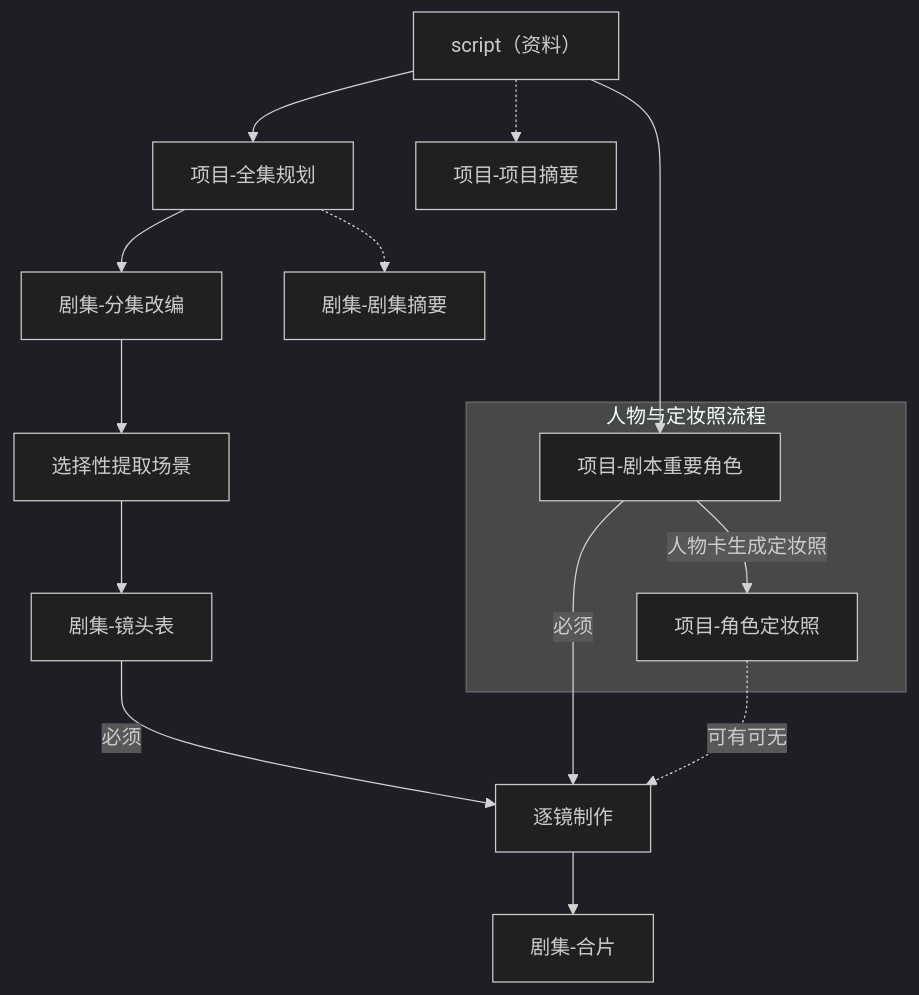
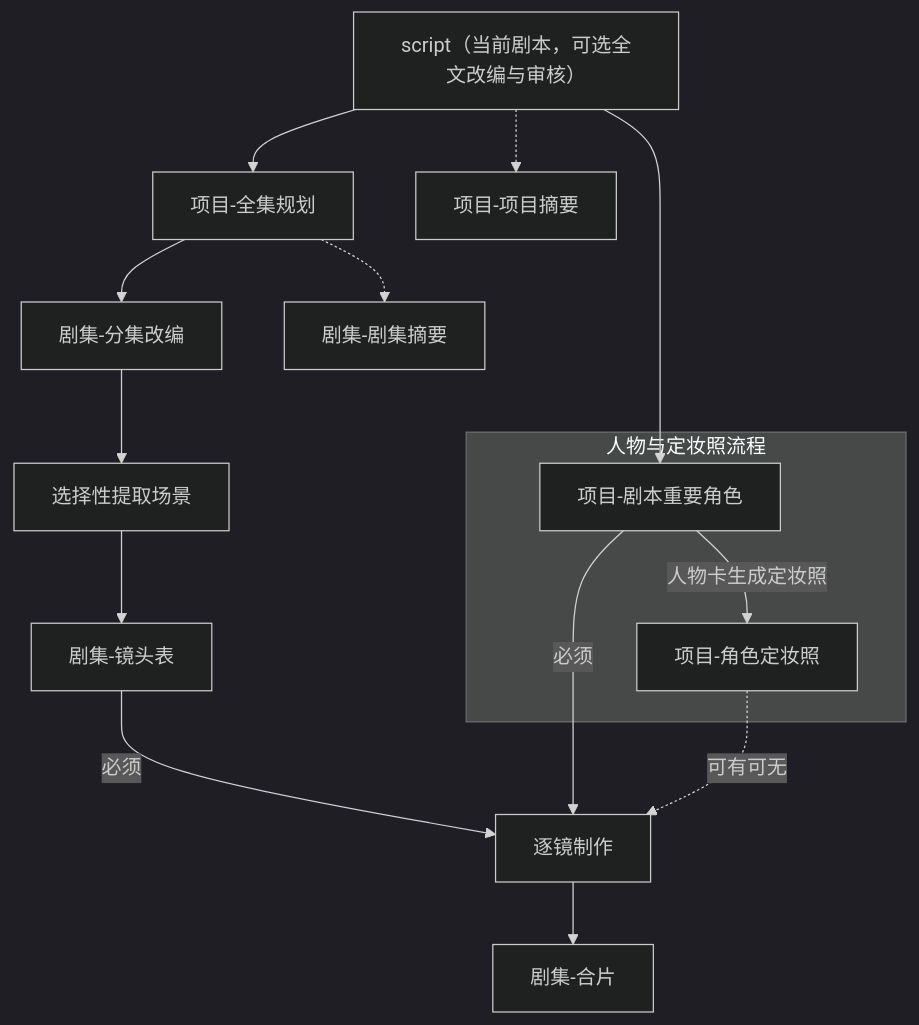
Before and after one commit to senbenyi/meiji-harness: the first of 3 diagrams in meiji/dev_docs/制作工作流.md, drawn with Mermaid (dark theme). The commit also changed other lines of this file and 97 other files, not shown here.

````diff
--- a/meiji/dev_docs/制作工作流.md
+++ b/meiji/dev_docs/制作工作流.md
@@ -42,27 +42,27 @@
 ```mermaid
 flowchart TD
-  script["script（资料）"]
+  script["script（当前剧本，可选全文改编与审核）"]
   split["项目-全集规划"]
   outline["剧集-分集改编"]
   board["剧集-镜头表"]
   shot["逐镜制作"]
   asm["剧集-合片"]
   psum["项目-项目摘要"]
   esum["剧集-剧集摘要"]
 
   subgraph cast["人物与定妆照流程"]
     people["项目-剧本重要角色"]
     look["项目-角色定妆照"]
     people -->|人物卡生成定妆照| look
   end
 
   script --> split
   split --> outline --> scenes["选择性提取场景"] --> board
   script --> people
   board -->|必须| shot
   people -->|必须| shot
   look -.->|可有可无| shot
   shot --> asm
   script -.-> psum
   split -.-> esum
 ```
````
